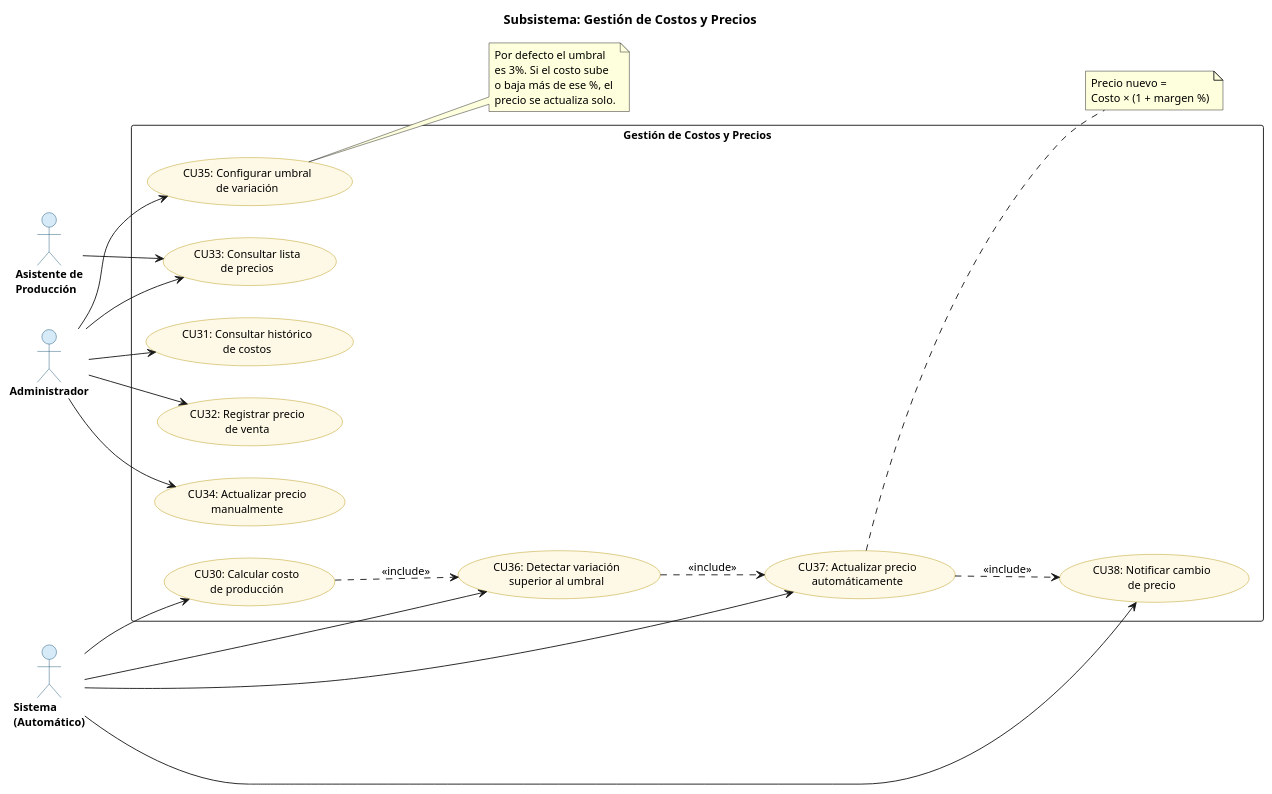
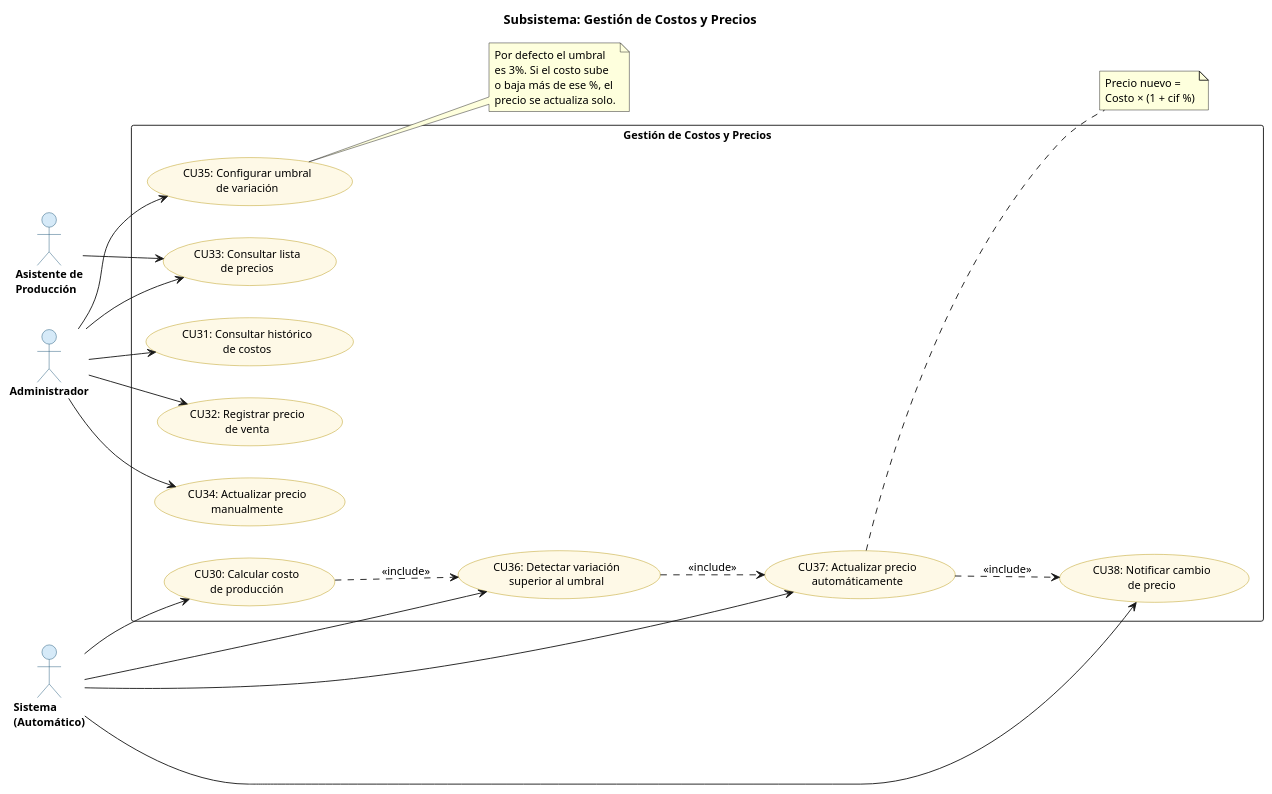
One commit to AndresCebay-ADSO/bepro-gestion-planta-pintech changed the seventh of 10 diagrams in docs/DIAGRAMAS_CASOS_USO.md. Above: the diagram before and after it, drawn with PlantUML. The commit also changed 49 other files, not shown here.

````diff
--- a/docs/DIAGRAMAS_CASOS_USO.md
+++ b/docs/DIAGRAMAS_CASOS_USO.md
@@ -486,66 +486,66 @@
 ```plantuml
 @startuml
 title Subsistema: Gestión de Costos y Precios
 
 left to right direction
 
 skinparam backgroundColor #FFFFFF
 skinparam defaultFontName Arial
 skinparam defaultFontSize 12
 skinparam actor {
     BackgroundColor #D6EAF8
     BorderColor #1A5276
     FontStyle bold
 }
 skinparam usecase {
     BackgroundColor #FEF9E7
     BorderColor #B7950B
 }
 
 actor "Administrador" as Admin
 actor "Asistente de\nProducción" as Asistente
 actor "Sistema\n(Automático)" as Sistema
 
 rectangle "Gestión de Costos y Precios" {
     (CU30: Calcular costo\nde producción) as CU30
     (CU31: Consultar histórico\nde costos) as CU31
     (CU32: Registrar precio\nde venta) as CU32
     (CU33: Consultar lista\nde precios) as CU33
     (CU34: Actualizar precio\nmanualmente) as CU34
     (CU35: Configurar umbral\nde variación) as CU35
     (CU36: Detectar variación\nsuperior al umbral) as CU36
     (CU37: Actualizar precio\nautomáticamente) as CU37
     (CU38: Notificar cambio\nde precio) as CU38
 }
 
 Admin --> CU31
 Admin --> CU32
 Admin --> CU33
 Admin --> CU34
 Admin --> CU35
 
 Asistente --> CU33
 
 Sistema --> CU30
 Sistema --> CU36
 Sistema --> CU37
 Sistema --> CU38
 
 CU30 ..> CU36 : <<include>>
 CU36 ..> CU37 : <<include>>
 CU37 ..> CU38 : <<include>>
 
 note right of CU35
   Por defecto el umbral
   es 3%. Si el costo sube
   o baja más de ese %, el
   precio se actualiza solo.
 end note
 
 note right of CU37
   Precio nuevo =
-  Costo × (1 + margen %)
+  Costo × (1 + cif %)
 end note
 
 @enduml
 ```
````
